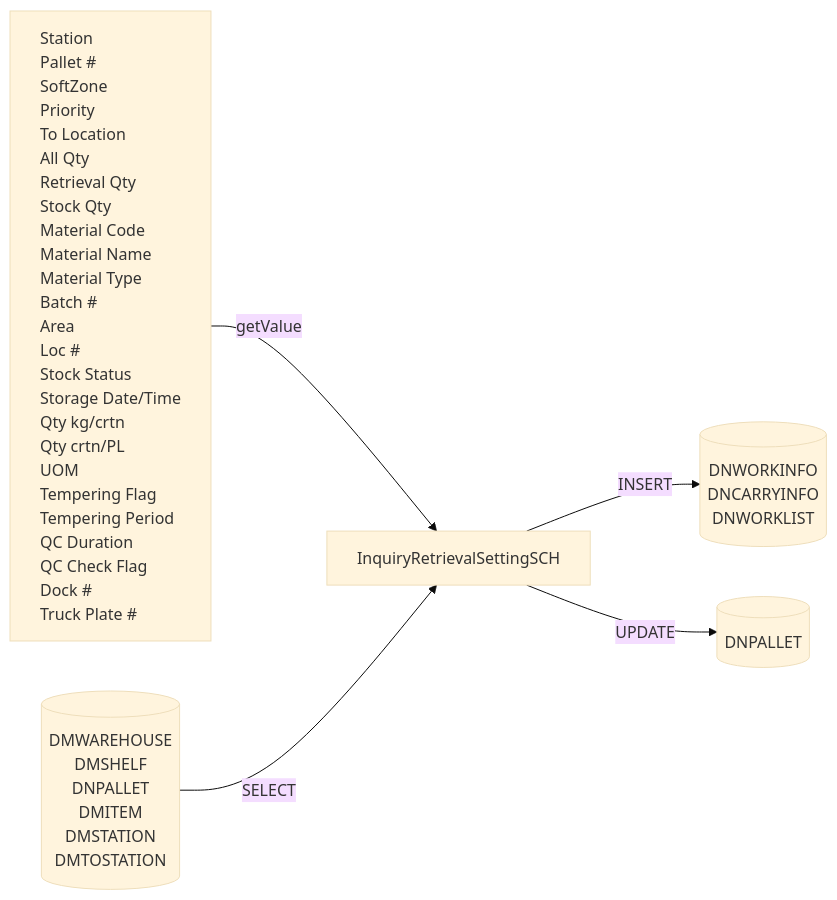
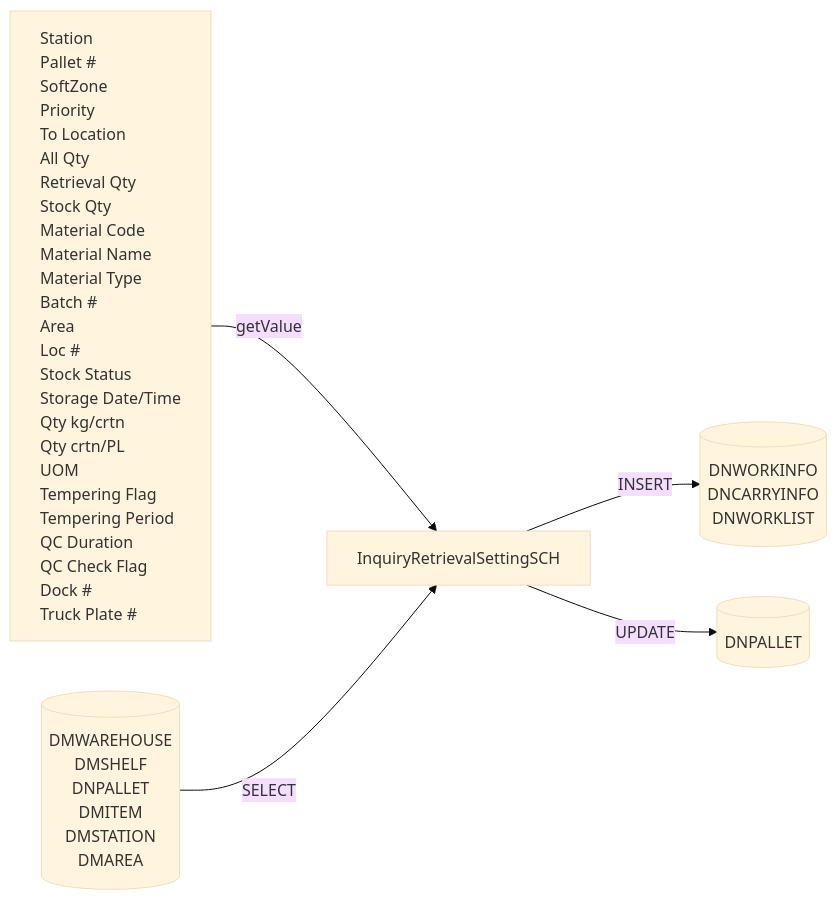
Before and after one commit to luthfiadityaa/SimeDarby-Wiki: the third of 9 diagrams in Basic-Design/DFD-WMS/Retrieval/Unplanned-Retrieval-to-HP-Area.md, drawn with Mermaid (base theme).

Commit message:
Updated Unplanned Retrieval to HP Area

```diff
--- a/Basic-Design/DFD-WMS/Retrieval/Unplanned-Retrieval-to-HP-Area.md
+++ b/Basic-Design/DFD-WMS/Retrieval/Unplanned-Retrieval-to-HP-Area.md
@@ -133,58 +133,58 @@
 ::: mermaid
 flowchart LR
     input[
         Station
         Pallet #
         SoftZone
         Priority
         To Location
         All Qty
         Retrieval Qty
         Stock Qty
         Material Code
         Material Name
         Material Type
         Batch #
         Area
         Loc #
         Stock Status
         Storage Date/Time
         Qty kg/crtn
         Qty crtn/PL
         UOM
         Tempering Flag
         Tempering Period
         QC Duration
         QC Check Flag
         Dock #
         Truck Plate #  
     ]
 
     tableList-insert[("
         DNWORKINFO
         DNCARRYINFO
         DNWORKLIST
     ")]
 
      tableList-select[("
         DMWAREHOUSE
         DMSHELF
         DNPALLET
         DMITEM
         DMSTATION
-        DMTOSTATION
+        DMAREA
     ")]
 
     tableList-update[("
         DNPALLET
     ")]
 
     className[InquiryRetrievalSettingSCH]
     className--> |INSERT| tableList-insert
     input --> |getValue| className 
     className --> |UPDATE| tableList-update
     tableList-select --> |SELECT| className
 
     classDef leftAlign text-align:left;
     class input leftAlign;
 :::
```
